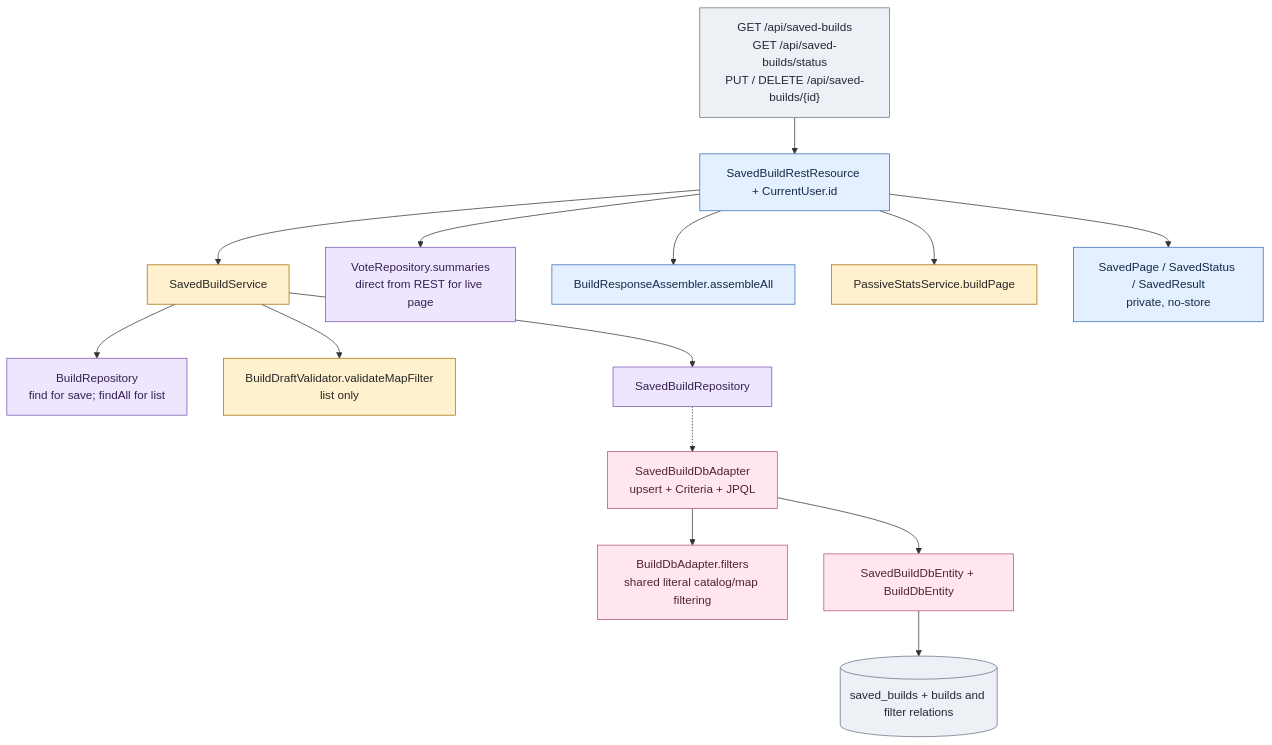
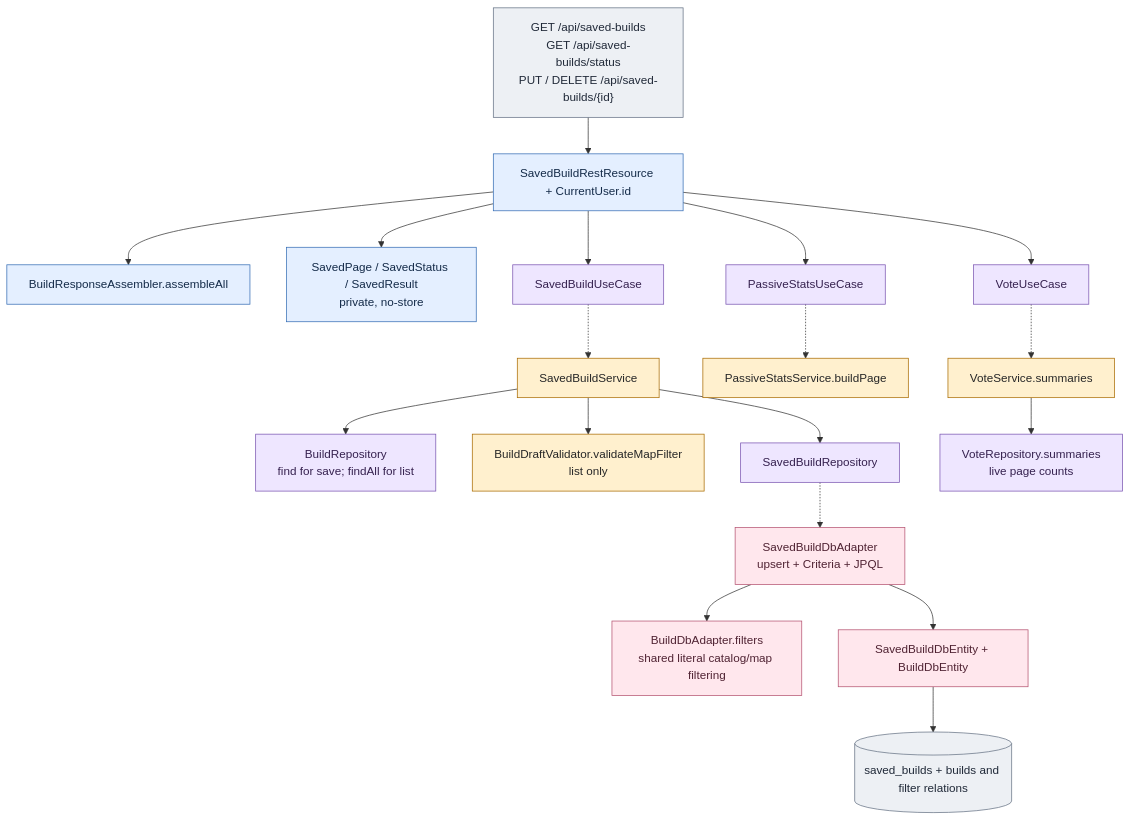
The diagram in docs/architecture/saved-builds-flow.mmd (alexungu04genoff/RingLab), drawn with Mermaid before and after one commit. The commit also changed 100 other files, not shown here.

```diff
--- a/docs/architecture/saved-builds-flow.mmd
+++ b/docs/architecture/saved-builds-flow.mmd
@@ -1,31 +1,31 @@
 flowchart TB
   h["GET /api/saved-builds<br/>GET /api/saved-builds/status<br/>PUT / DELETE /api/saved-builds/{id}"]:::outside
   r["SavedBuildRestResource + CurrentUser.id"]:::rest
   s["SavedBuildService"]:::app
   bp["BuildRepository<br/>find for save; findAll for list"]:::port
   validator["BuildDraftValidator.validateMapFilter<br/>list only"]:::app
   p["SavedBuildRepository"]:::port
   a["SavedBuildDbAdapter<br/>upsert + Criteria + JPQL"]:::adapter
   shared["BuildDbAdapter.filters<br/>shared literal catalog/map filtering"]:::adapter
   e["SavedBuildDbEntity + BuildDbEntity"]:::adapter
   t[("saved_builds + builds and filter relations")]:::outside
-  v["VoteRepository.summaries<br/>direct from REST for live page"]:::port
+  v["VoteRepository.summaries<br/>live page counts"]:::port
   assembly["BuildResponseAssembler.assembleAll"]:::rest
   stats["PassiveStatsService.buildPage"]:::app
   dto["SavedPage / SavedStatus / SavedResult<br/>private, no-store"]:::rest
-  h --> r --> s
+  h --> r --> input["SavedBuildUseCase"]:::port -.-> s
   s --> bp
   s --> validator
   s --> p
   p -.-> a
   a --> shared
   a --> e --> t
-  r --> v
+  r --> votes["VoteUseCase"]:::port -.-> voteService["VoteService.summaries"]:::app --> v
   r --> assembly
-  r --> stats
+  r --> passive["PassiveStatsUseCase"]:::port -.-> stats
   r --> dto
   classDef rest fill:#e4efff,stroke:#356db4,color:#142b49
   classDef app fill:#fff0ce,stroke:#a96b00,color:#272727
   classDef port fill:#eee6ff,stroke:#7954b1,color:#35214f
   classDef adapter fill:#ffe7ed,stroke:#b45370,color:#502333
   classDef outside fill:#edf0f4,stroke:#657184,color:#202938
```
